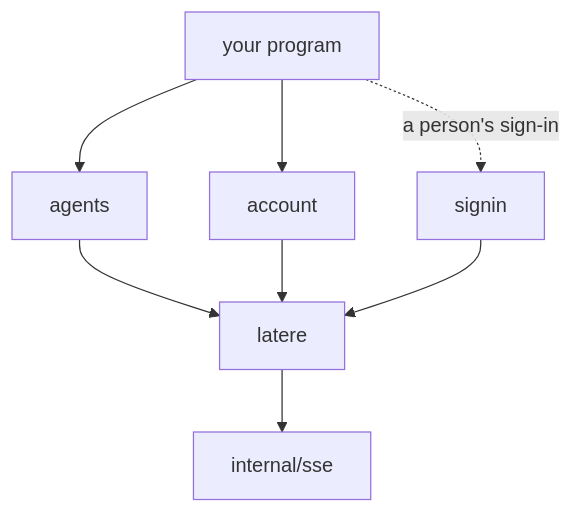
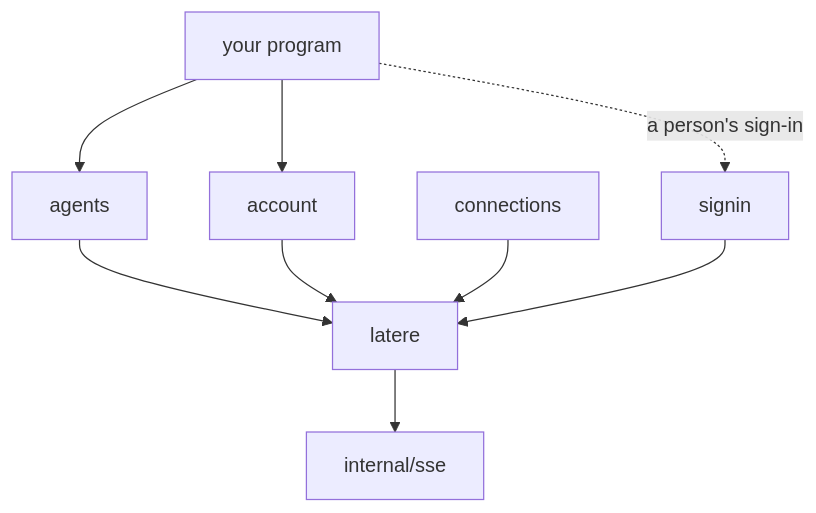
One commit to latere-ai/sdk-go changed the diagram in docs/design.md. Above: the diagram before and after it, drawn with Mermaid. The commit also changed 4 other files, not shown here.

````diff
--- a/docs/design.md
+++ b/docs/design.md
@@ -23,10 +23,11 @@
 ```mermaid
 flowchart TD
     agents --> latere
     account --> latere
+    connections --> latere
     signin --> latere
     latere --> sse[internal/sse]
     app[your program] --> agents
     app --> account
     app -. a person's sign-in .-> signin
 ```
````
